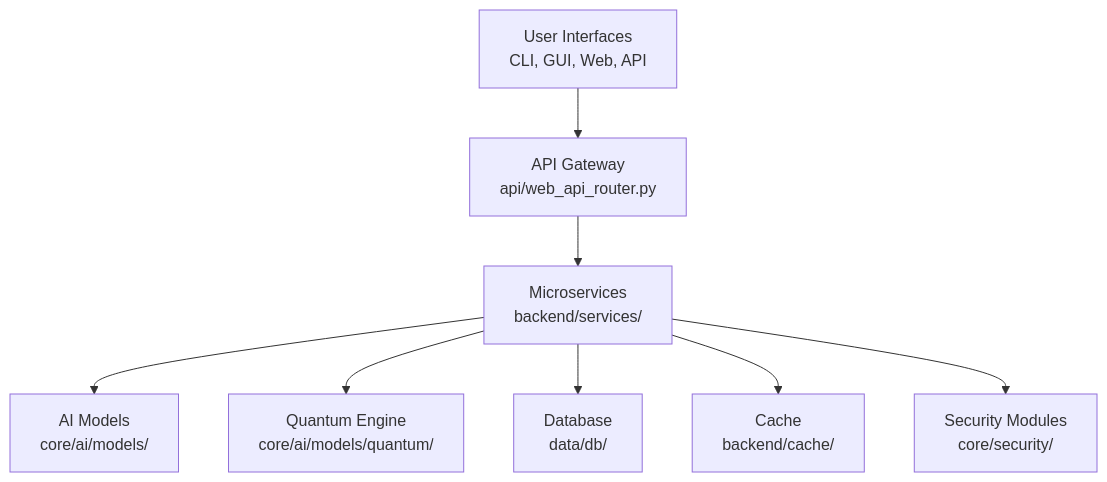
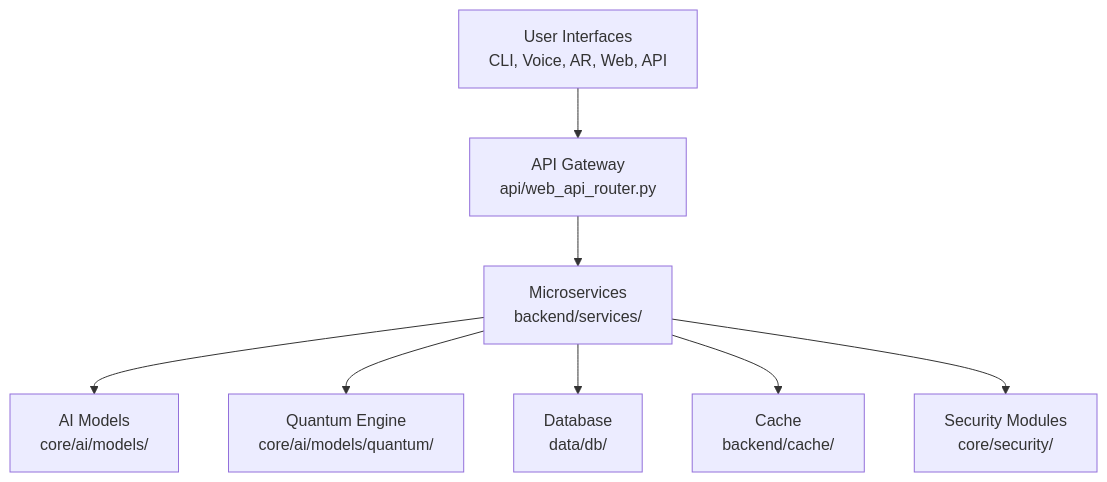
The diagram in README.md (BhanuGuragain0/Hacker_AI), drawn with Mermaid before and after one commit. The commit also changed other lines of this file, not shown here.

````diff
--- a/README.md
+++ b/README.md
@@ -133,10 +139,10 @@
 ```mermaid
 graph TD
-  A[User Interfaces<br>CLI, GUI, Web, API] --> B[API Gateway<br>api/web_api_router.py]
+  A[User Interfaces<br>CLI, Voice, AR, Web, API] --> B[API Gateway<br>api/web_api_router.py]
   B --> C[Microservices<br>backend/services/]
   C --> D[AI Models<br>core/ai/models/]
   C --> E[Quantum Engine<br>core/ai/models/quantum/]
   C --> F[Database<br>data/db/]
   C --> G[Cache<br>backend/cache/]
   C --> H[Security Modules<br>core/security/]
 ```
````
